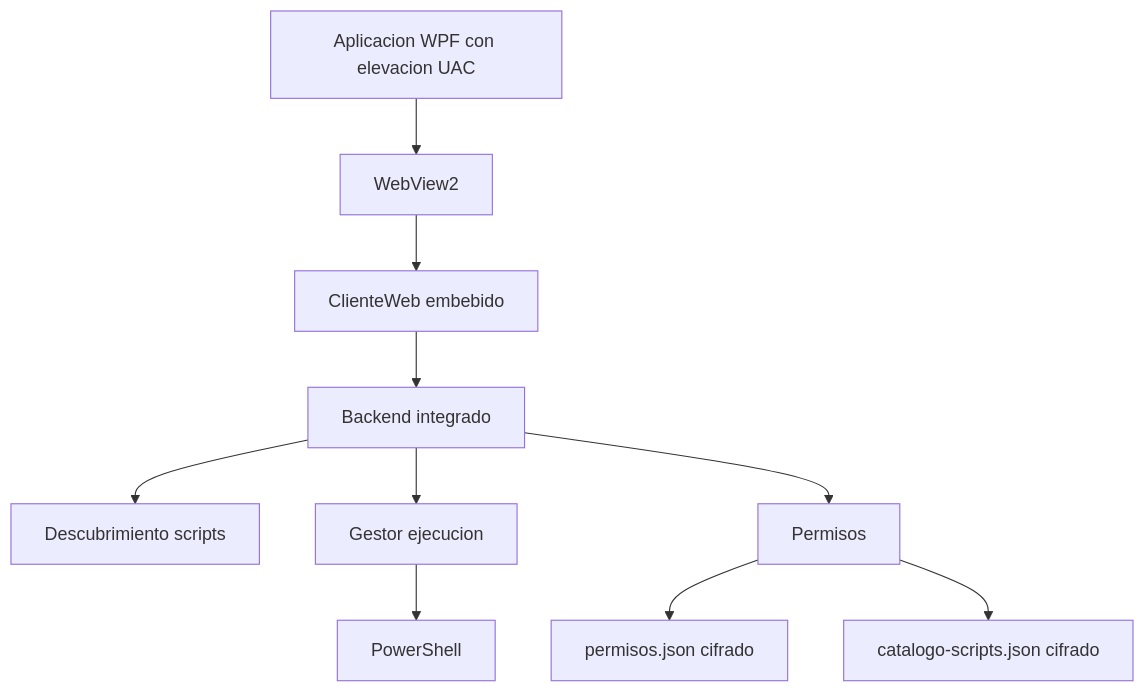
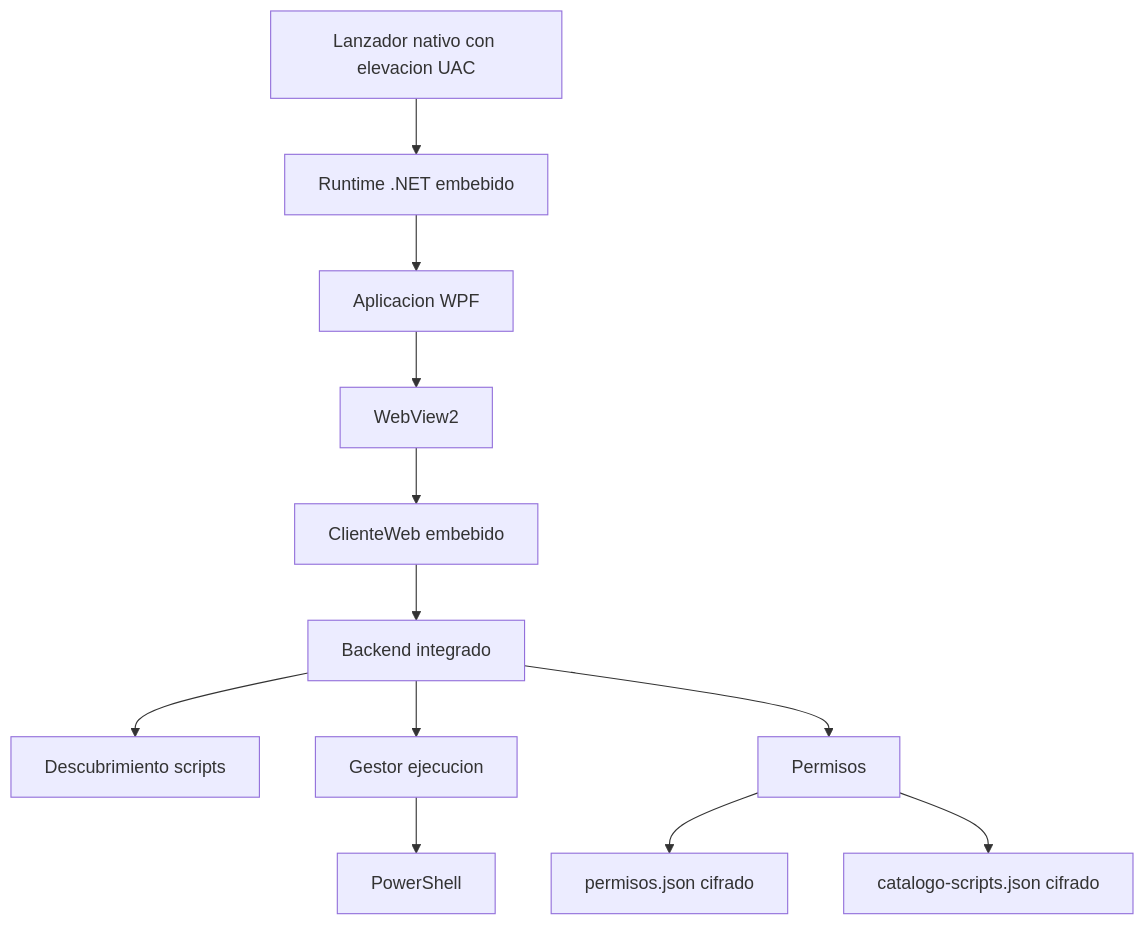
The diagram in README.md (Eliminator-CRAK/Lanzador-de-scrips), drawn with Mermaid before and after one commit. The commit also changed other lines of this file and 14 other files, not shown here.

````diff
--- a/README.md
+++ b/README.md
@@ -15,12 +15,14 @@
 ```mermaid
 flowchart TD
-    A[Aplicacion WPF con elevacion UAC] --> B[WebView2]
-    B --> C[ClienteWeb embebido]
-    C --> D[Backend integrado]
-    D --> E[Descubrimiento scripts]
-    D --> F[Gestor ejecucion]
-    D --> G[Permisos]
-    F --> H[PowerShell]
-    G --> I[permisos.json cifrado]
-    G --> J[catalogo-scripts.json cifrado]
+    A[Lanzador nativo con elevacion UAC] --> B[Runtime .NET embebido]
+    B --> C[Aplicacion WPF]
+    C --> D[WebView2]
+    D --> E[ClienteWeb embebido]
+    E --> F[Backend integrado]
+    F --> G[Descubrimiento scripts]
+    F --> H[Gestor ejecucion]
+    F --> I[Permisos]
+    H --> J[PowerShell]
+    I --> K[permisos.json cifrado]
+    I --> L[catalogo-scripts.json cifrado]
 ```
````
